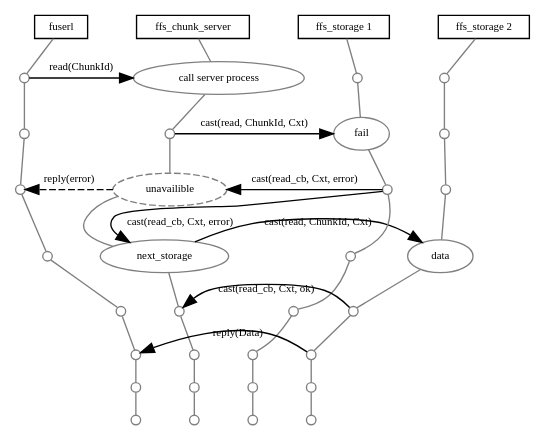
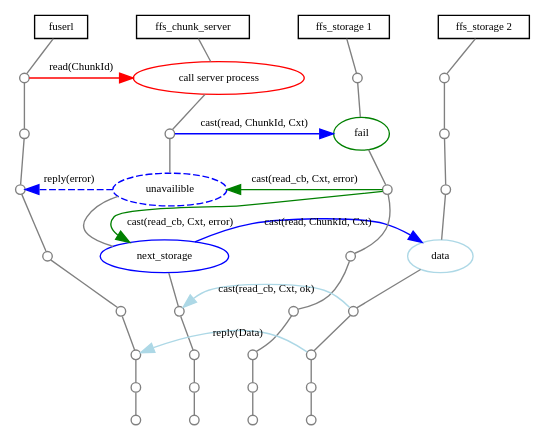
The diagram in friendfs/doc/read_sequence_chunk.dot (petterl/friendfs), drawn with Graphviz before and after one commit.

Commit message:
Made dot file colorized

```diff
--- a/friendfs/doc/read_sequence_chunk.dot
+++ b/friendfs/doc/read_sequence_chunk.dot
@@ -1,47 +1,47 @@
 digraph G{
     ranksep=.1;
     size="7.5,7.5";
     node [fontsize=8, style=point, width=.1, height=.1, color=grey, label=""];
     edge [arrowhead=none, style=filled, color=grey];
     
     p1_0->p1_1->p1_2->p1_3->p1_4->p1_5->p1_6->p1_7->p1_8;
     p2_0->p2_1->p2_2->p2_3->p2_4->p2_5->p2_6->p2_7->p2_8;
     p3_0->p3_1->p3_2->p3_3->p3_4->p3_5->p3_6->p3_7->p3_8;
     p4_0->p4_1->p4_2->p4_3->p4_4->p4_5->p4_6->p4_7->p4_8;
     
     p1_0 -> p2_0 -> p3_0 -> p4_0 [style=invis]
     {rank = same; edge[style=invis] p1_0 -> p2_0 -> p3_0 -> p4_0}
     {rank = same; edge[style=invis] p1_1 -> p2_1 -> p3_1 -> p4_1}
     {rank = same; edge[style=invis] p1_2 -> p2_2 -> p3_2 -> p4_2}
     {rank = same; edge[style=invis] p1_3 -> p2_3 -> p3_3 -> p4_3}
     {rank = same; edge[style=invis] p1_4 -> p2_4 -> p3_4 -> p4_4}
     {rank = same; edge[style=invis] p1_5 -> p2_5 -> p3_5 -> p4_5}
     {rank = same; edge[style=invis] p1_6 -> p2_6 -> p3_6 -> p4_6}
     {rank = same; edge[style=invis] p1_7 -> p2_7 -> p3_7 -> p4_7}
     {rank = same; edge[style=invis] p1_8 -> p2_8 -> p3_8 -> p4_8}
     
     edge [style=filled, fontsize=8, weight=0, arrowtail=none,
           arrowhead=normal, color=black];
 
     // Node names   
     p1_0 [color=black, shape=box, label="fuserl"];
     p2_0 [color=black, shape=box, label="ffs_chunk_server"];
     p3_0 [color=black, shape=box, label="ffs_storage 1"];
     p4_0 [color=black, shape=box, label="ffs_storage 2"];
 
     // Transitions
-    p1_1 -> p2_1 [label="read(ChunkId)"]
-    p2_1 [label="call server process"]
-    p2_2 -> p3_2 [label="cast(read, ChunkId, Cxt)"]
-    p3_2 [label="fail"]
-    p3_3 -> p2_4 [label="cast(read_cb, Cxt, error)"]
-    p2_4 [label="next_storage"]
-    p2_4 -> p4_4 [label="cast(read, ChunkId, Cxt)"]
-    p4_4 [label="data"]
-    p4_5 -> p2_5 [label="cast(read_cb, Cxt, ok)"]
-    p4_6 -> p1_6 [label="reply(Data)"]
+    p1_1 -> p2_1 [label="read(ChunkId)", color=red]
+    p2_1 [label="call server process", color=red]
+    p2_2 -> p3_2 [label="cast(read, ChunkId, Cxt)", color=blue]
+    p3_2 [label="fail", color=green]
+    p3_3 -> p2_4 [label="cast(read_cb, Cxt, error)", color=green]
+    p2_4 [label="next_storage", color=blue]
+    p2_4 -> p4_4 [label="cast(read, ChunkId, Cxt)", color=blue]
+    p4_4 [label="data", color=lightblue]
+    p4_5 -> p2_5 [label="cast(read_cb, Cxt, ok)", color=lightblue]
+    p4_6 -> p1_6 [label="reply(Data)", color=lightblue]
 
-    p3_3 -> p2_3 [label="cast(read_cb, Cxt, error)"]
-    p2_3 [label="unavailible", style=dashed]
-    p2_3 -> p1_3 [label="reply(error)", style=dashed]
+    p3_3 -> p2_3 [label="cast(read_cb, Cxt, error)", color=green]
+    p2_3 [label="unavailible", style=dashed, color=blue]
+    p2_3 -> p1_3 [label="reply(error)", style=dashed, color=blue]
 }
```
